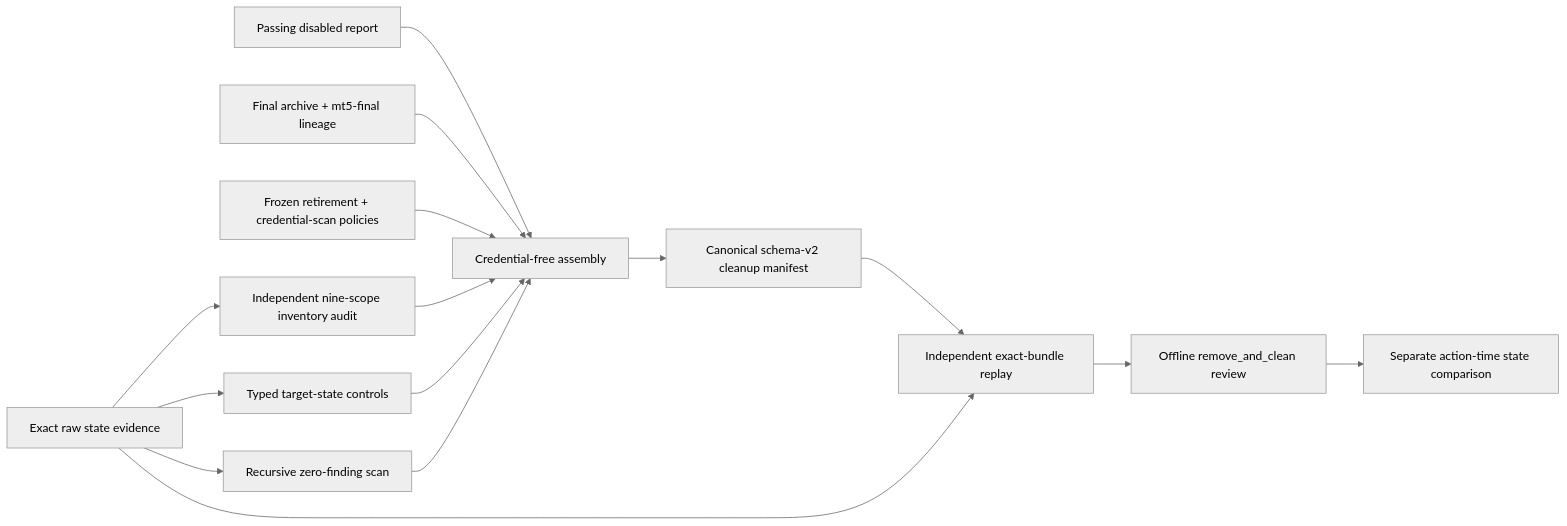
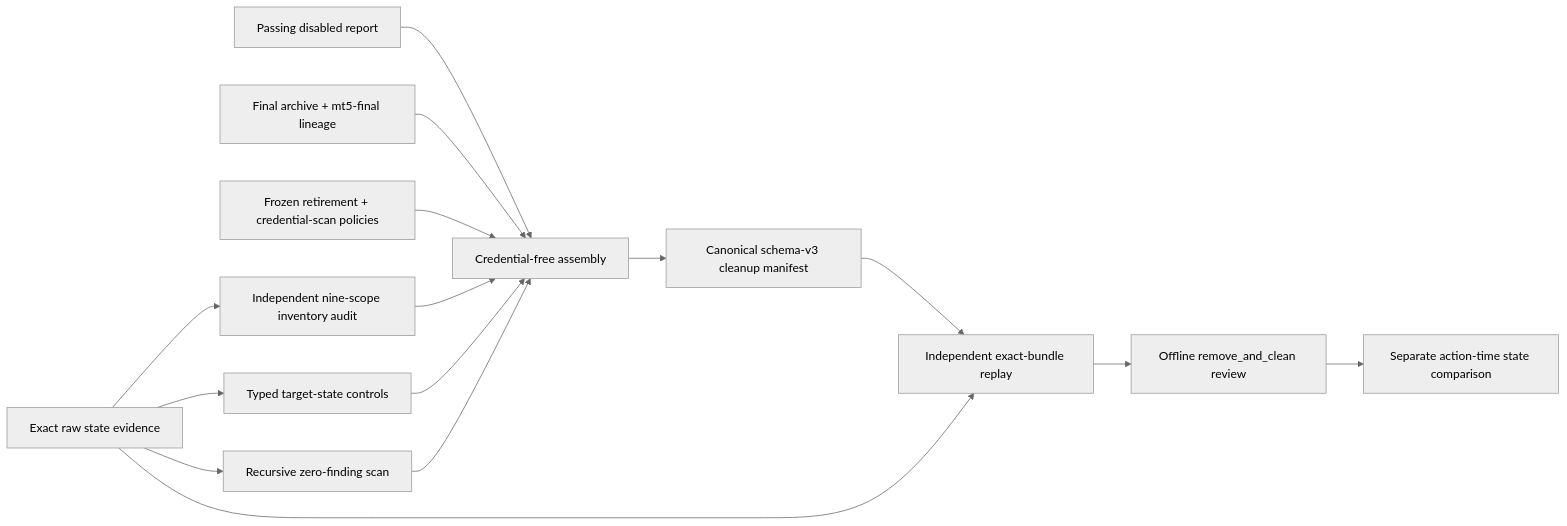
Before and after one commit to AegisFintech/AIQuantTrader: the diagram in docs/architecture/diagrams/phase-10-cleanup-manifest.mmd, drawn with Mermaid (neutral theme). The commit also changed 20 other files, not shown here.

```diff
--- a/docs/architecture/diagrams/phase-10-cleanup-manifest.mmd
+++ b/docs/architecture/diagrams/phase-10-cleanup-manifest.mmd
@@ -1,28 +1,28 @@
 flowchart LR
     disabled["Passing disabled report"]
     archive["Final archive + mt5-final lineage"]
     policy["Frozen retirement + credential-scan policies"]
     raw["Exact raw state evidence"]
     audit["Independent nine-scope inventory audit"]
     targets["Typed target-state controls"]
     scan["Recursive zero-finding scan"]
     assemble["Credential-free assembly"]
-    manifest["Canonical schema-v2 cleanup manifest"]
+    manifest["Canonical schema-v3 cleanup manifest"]
     replay["Independent exact-bundle replay"]
     approval["Offline remove_and_clean review"]
     action["Separate action-time state comparison"]
 
     disabled --> assemble
     archive --> assemble
     policy --> assemble
     raw --> scan
     raw --> audit
     raw --> targets
     audit --> assemble
     targets --> assemble
     scan --> assemble
     assemble --> manifest
     manifest --> replay
     raw --> replay
     replay --> approval
     approval --> action
```
